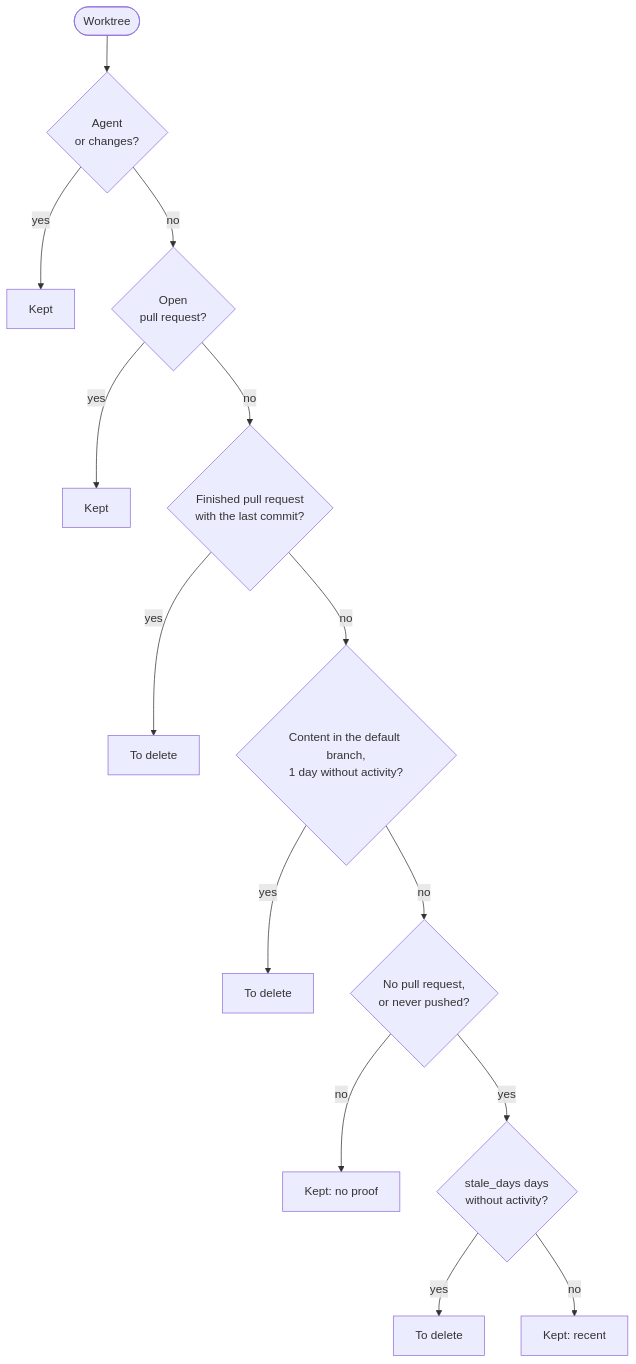
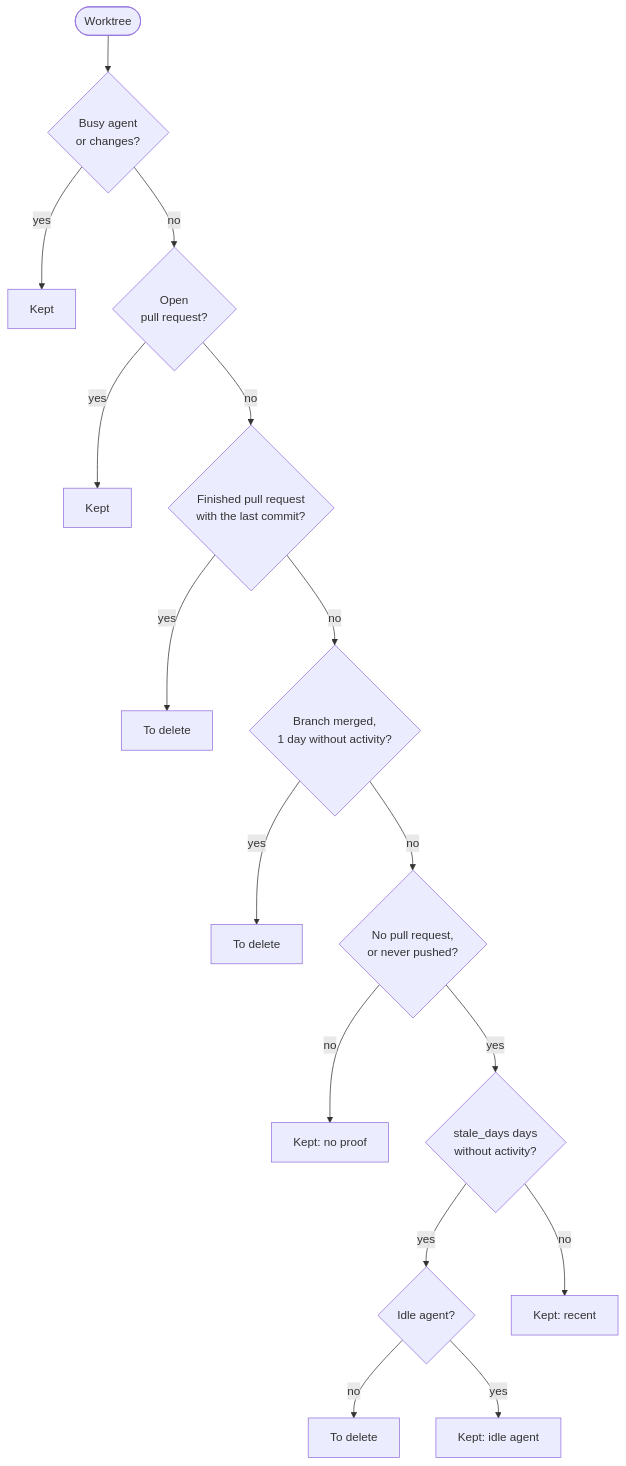
Before and after one commit to owpac/herdr-worktrunk: the second of 3 diagrams in README.md, drawn with Mermaid. The commit also changed other lines of this file and 7 other files, not shown here.

First line of the commit message:
feat: idle agents do not keep a finished worktree, and the layer Merged

````diff
--- a/README.md
+++ b/README.md
@@ -75,16 +75,18 @@
 ```mermaid
 flowchart TD
-    start([Worktree]) --> busy{"Agent<br/>or changes?"}
+    start([Worktree]) --> busy{"Busy agent<br/>or changes?"}
     busy -->|yes| kept1[Kept]
     busy -->|no| open{"Open<br/>pull request?"}
     open -->|yes| kept2[Kept]
     open -->|no| finished{"Finished pull request<br/>with the last commit?"}
     finished -->|yes| delete1[To delete]
-    finished -->|no| integrated{"Content in the default branch,<br/>1 day without activity?"}
-    integrated -->|yes| delete2[To delete]
-    integrated -->|no| nopr{"No pull request,<br/>or never pushed?"}
+    finished -->|no| merged{"Branch merged,<br/>1 day without activity?"}
+    merged -->|yes| delete2[To delete]
+    merged -->|no| nopr{"No pull request,<br/>or never pushed?"}
     nopr -->|no| kept3["Kept: no proof"]
     nopr -->|yes| old{"stale_days days<br/>without activity?"}
-    old -->|yes| delete3[To delete]
+    old -->|yes| idle{"Idle agent?"}
+    idle -->|no| delete3[To delete]
+    idle -->|yes| kept5["Kept: idle agent"]
     old -->|no| kept4["Kept: recent"]
 ```
````
